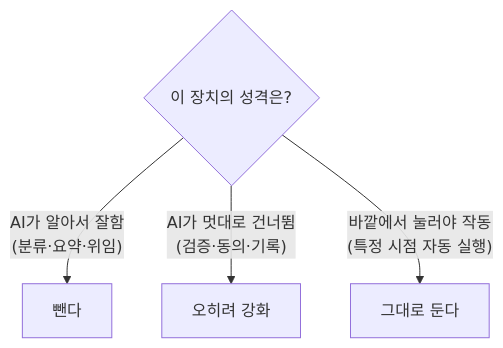
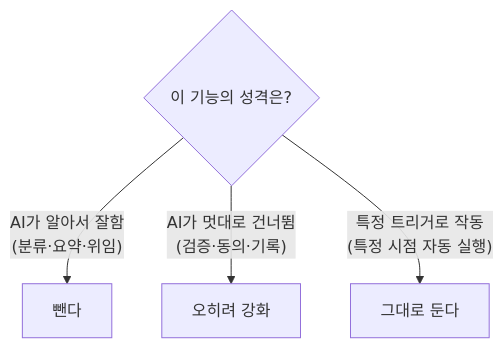
One commit to RJ-Stony/injoy changed the diagram in src/content/posts/harness-8-trimming.md. Above: the diagram before and after it, drawn with Mermaid. The commit also changed other lines of this file and 1 other file, not shown here.

````diff
--- a/src/content/posts/harness-8-trimming.md
+++ b/src/content/posts/harness-8-trimming.md
@@ -15,7 +16,7 @@
 ```mermaid
 flowchart TD
-    Q{"이 장치의 성격은?"}
+    Q{"이 기능의 성격은?"}
     Q -->|"AI가 알아서 잘함<br/>(분류·요약·위임)"| Cut["뺀다"]
     Q -->|"AI가 멋대로 건너뜀<br/>(검증·동의·기록)"| Keep["오히려 강화"]
-    Q -->|"바깥에서 눌러야 작동<br/>(특정 시점 자동 실행)"| Same["그대로 둔다"]
+    Q -->|"특정 트리거로 작동<br/>(특정 시점 자동 실행)"| Same["그대로 둔다"]
 ```
````
